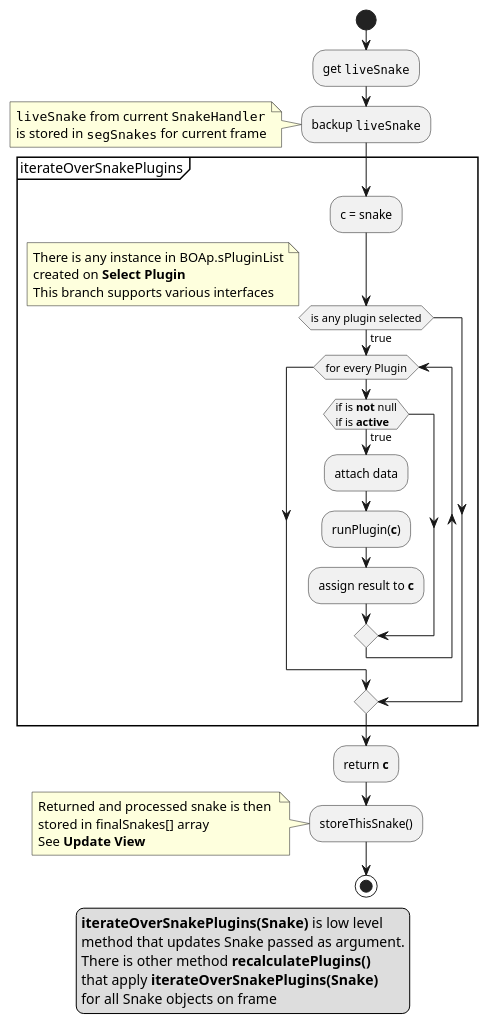
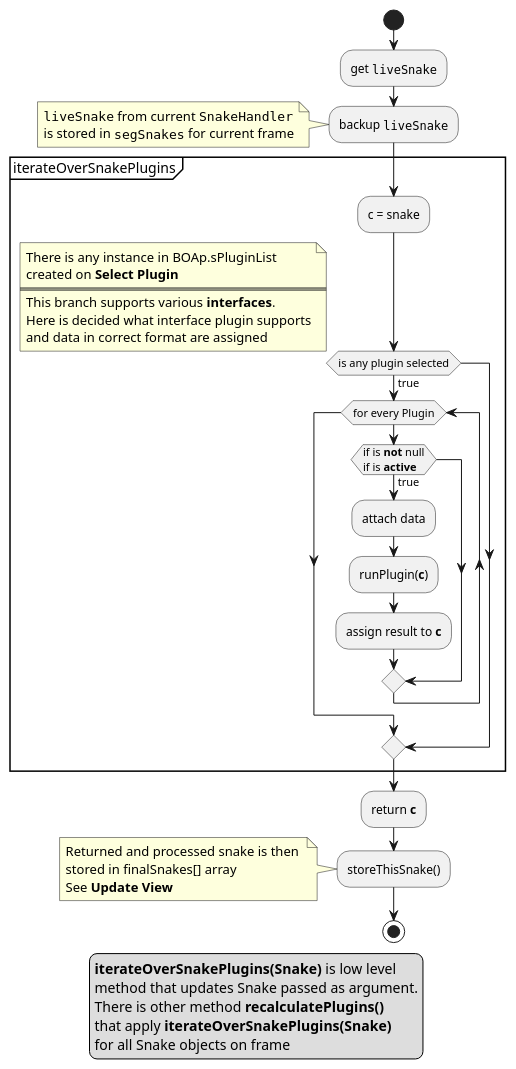
One commit to CellDynamics/QuimP changed the sixth of 10 diagrams in Doxygen_doc/SnakePlugin.md. Above: the diagram before and after it, drawn with PlantUML. The commit also changed other lines of this file, not shown here.

Commit message:
Snake doc modification

```diff
--- a/Doxygen_doc/SnakePlugin.md
+++ b/Doxygen_doc/SnakePlugin.md
@@ -307,37 +307,44 @@
 @startuml
 start
 :get ""liveSnake"";
 :backup ""liveSnake"";
 note left
 ""liveSnake"" from current ""SnakeHandler""
 is stored in ""segSnakes"" for current frame
 end note
 partition iterateOverSnakePlugins {
 :c = snake;
 if (is any plugin selected) then (true)
-note left: There is any instance in BOAp.sPluginList\ncreated on **Select Plugin**\nThis branch supports various interfaces
+note left
+There is any instance in BOAp.sPluginList
+created on **Select Plugin**
+====
+This branch supports various **interfaces**. 
+Here is decided what interface plugin supports
+and data in correct format are assigned
+end note
 while (for every Plugin)
 if (if is **not** null\nif is **active**) then (true)
 :attach data;
 :runPlugin(**c**);
 :assign result to **c**;
 endif
 endwhile
 endif
 }
 :return **c**;
 :storeThisSnake();
 note left
 Returned and processed snake is then 
 stored in finalSnakes[] array
 See **Update View**
 end note
 stop
 legend
 **iterateOverSnakePlugins(Snake)** is low level
 method that updates Snake passed as argument.
 There is other method **recalculatePlugins()**
 that apply **iterateOverSnakePlugins(Snake)**
 for all Snake objects on frame
 end legend
 @enduml
```
